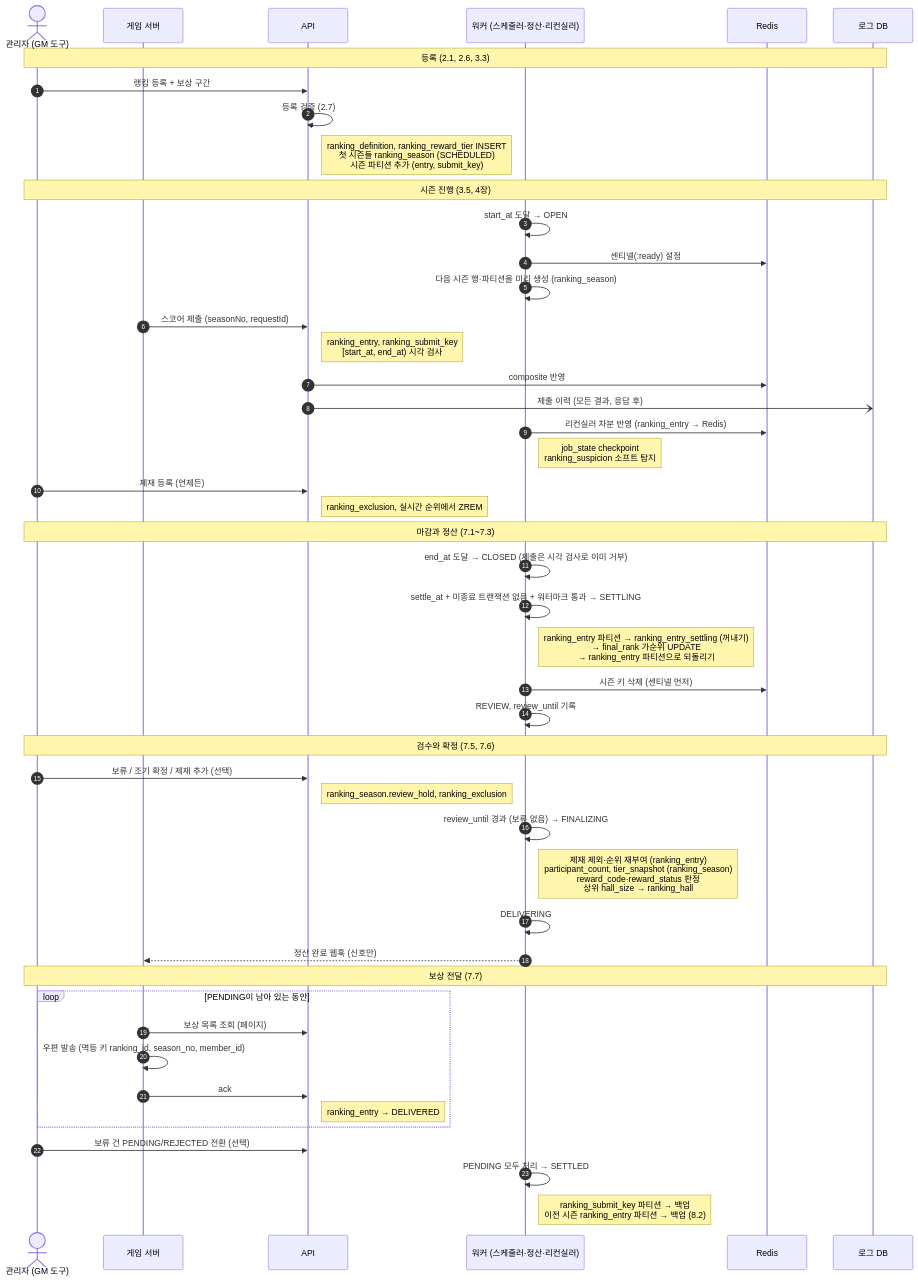
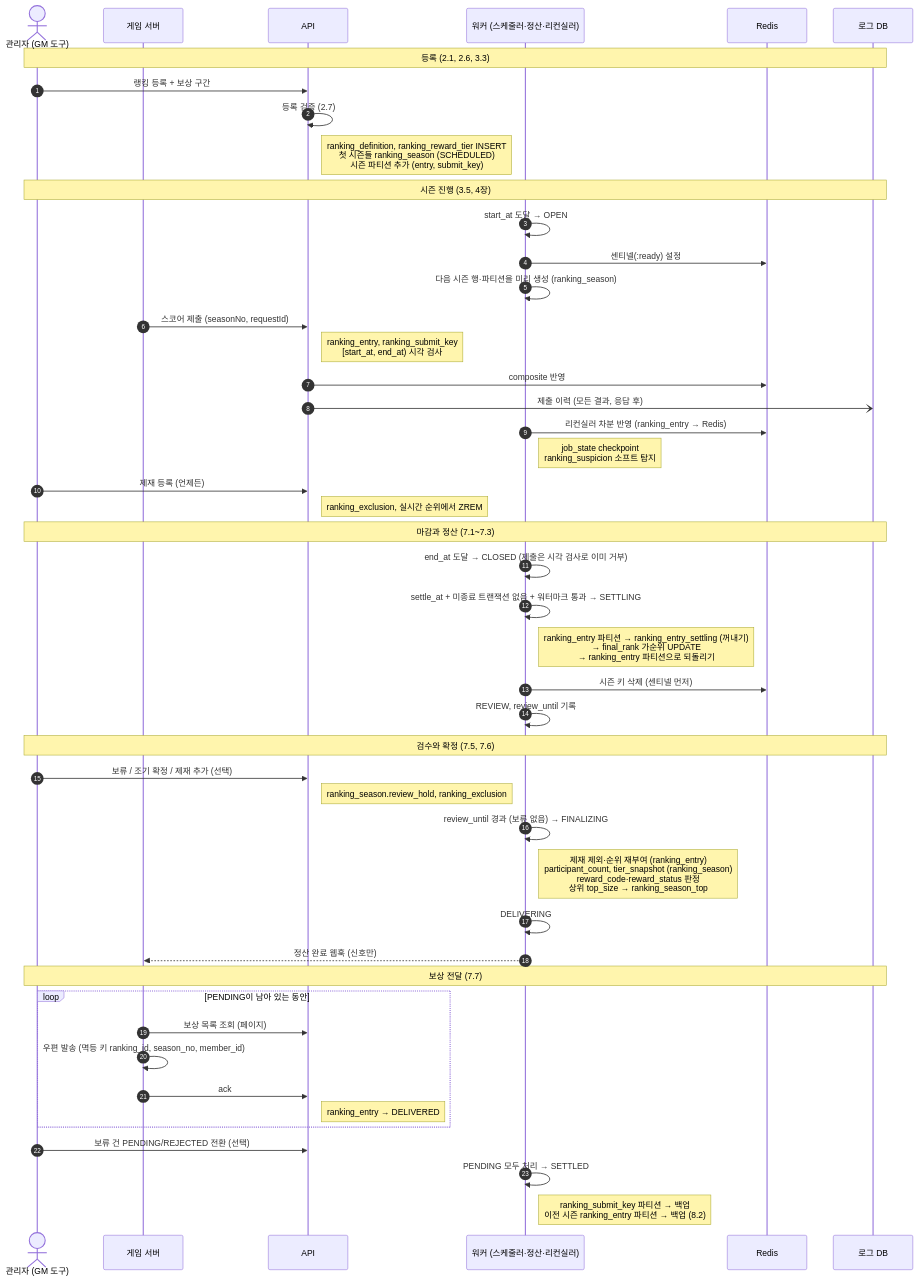
The fourth of 6 diagrams in docs/04_SCHEMA.md (trisakion0500/podium-de), drawn with Mermaid before and after one commit. The commit also changed other lines of this file and 13 other files, not shown here.

````diff
--- a/docs/04_SCHEMA.md
+++ b/docs/04_SCHEMA.md
@@ -179,54 +180,54 @@
 ```mermaid
 sequenceDiagram
     autonumber
     actor GM as 관리자 (GM 도구)
     participant GS as 게임 서버
     participant API as API
     participant W as 워커 (스케줄러·정산·리컨실러)
     participant R as Redis
     participant L as 로그 DB
 
     Note over GM,L: 등록 (2.1, 2.6, 3.3)
     GM->>API: 랭킹 등록 + 보상 구간
     API->>API: 등록 검증 (2.7)
     Note right of API: ranking_definition, ranking_reward_tier INSERT<br/>첫 시즌들 ranking_season (SCHEDULED)<br/>시즌 파티션 추가 (entry, submit_key)
 
     Note over GM,L: 시즌 진행 (3.5, 4장)
     W->>W: start_at 도달 → OPEN
     W->>R: 센티넬(:ready) 설정
     W->>W: 다음 시즌 행·파티션을 미리 생성 (ranking_season)
     GS->>API: 스코어 제출 (seasonNo, requestId)
     Note right of API: ranking_entry, ranking_submit_key<br/>[start_at, end_at) 시각 검사
     API->>R: composite 반영
     API-)L: 제출 이력 (모든 결과, 응답 후)
     W->>R: 리컨실러 차분 반영 (ranking_entry → Redis)
     Note right of W: job_state checkpoint<br/>ranking_suspicion 소프트 탐지
     GM->>API: 제재 등록 (언제든)
     Note right of API: ranking_exclusion, 실시간 순위에서 ZREM
 
     Note over GM,L: 마감과 정산 (7.1~7.3)
     W->>W: end_at 도달 → CLOSED (제출은 시각 검사로 이미 거부)
     W->>W: settle_at + 미종료 트랜잭션 없음 + 워터마크 통과 → SETTLING
     Note right of W: ranking_entry 파티션 → ranking_entry_settling (꺼내기)<br/>→ final_rank 가순위 UPDATE<br/>→ ranking_entry 파티션으로 되돌리기
     W->>R: 시즌 키 삭제 (센티넬 먼저)
     W->>W: REVIEW, review_until 기록
 
     Note over GM,L: 검수와 확정 (7.5, 7.6)
     GM->>API: 보류 / 조기 확정 / 제재 추가 (선택)
     Note right of API: ranking_season.review_hold, ranking_exclusion
     W->>W: review_until 경과 (보류 없음) → FINALIZING
-    Note right of W: 제재 제외·순위 재부여 (ranking_entry)<br/>participant_count, tier_snapshot (ranking_season)<br/>reward_code·reward_status 판정<br/>상위 hall_size → ranking_hall
+    Note right of W: 제재 제외·순위 재부여 (ranking_entry)<br/>participant_count, tier_snapshot (ranking_season)<br/>reward_code·reward_status 판정<br/>상위 top_size → ranking_season_top
     W->>W: DELIVERING
     W-->>GS: 정산 완료 웹훅 (신호만)
 
     Note over GM,L: 보상 전달 (7.7)
     loop PENDING이 남아 있는 동안
         GS->>API: 보상 목록 조회 (페이지)
         GS->>GS: 우편 발송 (멱등 키 ranking_id, season_no, member_id)
         GS->>API: ack
         Note right of API: ranking_entry → DELIVERED
     end
     GM->>API: 보류 건 PENDING/REJECTED 전환 (선택)
     W->>W: PENDING 모두 처리 → SETTLED
     Note right of W: ranking_submit_key 파티션 → 백업<br/>이전 시즌 ranking_entry 파티션 → 백업 (8.2)
 ```
````
